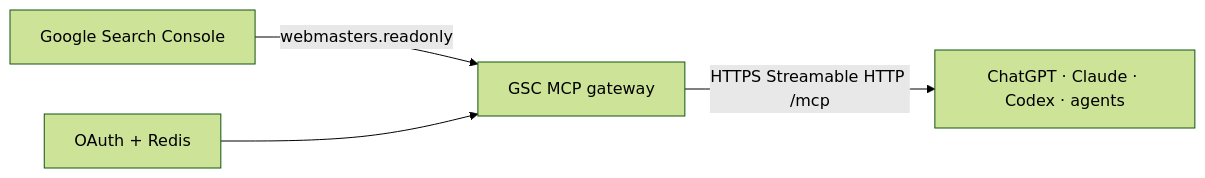
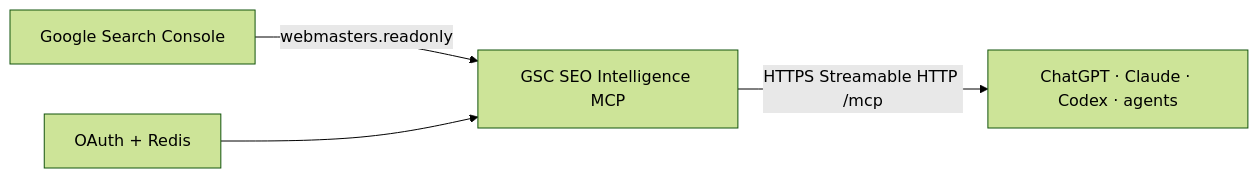
Before and after one commit to Sanyangpetroleum/gsc-mcp-gateway: the diagram in ARCHITECTURE.md, drawn with Mermaid (forest theme). The commit also changed other lines of this file and 22 other files, not shown here.

First line of the commit message:
feat: SEO Intelligence MCP V1 (read-only default, gated sitemaps)

````diff
--- a/ARCHITECTURE.md
+++ b/ARCHITECTURE.md
@@ -3,6 +3,6 @@
 ```mermaid
 flowchart LR
-  GSC["Google Search Console"] -->|"webmasters.readonly"| GW["GSC MCP gateway"]
+  GSC["Google Search Console"] -->|"webmasters.readonly"| GW["GSC SEO Intelligence MCP"]
   AUTH["OAuth + Redis"] --> GW
   GW -->|"HTTPS Streamable HTTP /mcp"| CLIENTS["ChatGPT · Claude · Codex · agents"]
 ```
````
